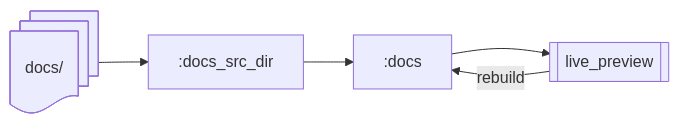
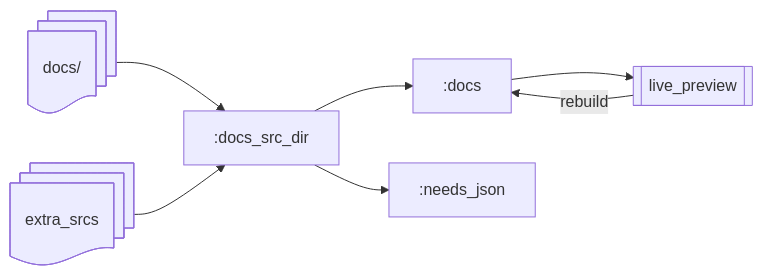
Before and after one commit to eclipse-score/score: the second of 2 diagrams in docs/design_decisions/DR-008-infra.rst, drawn with Mermaid. The commit also changed other lines of this file, not shown here.

```diff
--- a/docs/design_decisions/DR-008-infra.rst
+++ b/docs/design_decisions/DR-008-infra.rst
@@ -113,7 +111,11 @@
 .. mermaid::
 
    graph LR
        docs@{ shape: docs, label: "docs/" }
+       extradocs@{ shape: docs, label: "extra_srcs" }
        preview@{ shape: subproc, label: "live_preview" }
-       docs --> :docs_src_dir --> :docs --> preview
+       allsrc@{ label: ":docs_src_dir" }
+       docs --> allsrc --> :docs --> preview
+       extradocs --> allsrc
        preview -- rebuild --> :docs
+       allsrc --> :needs_json
```
